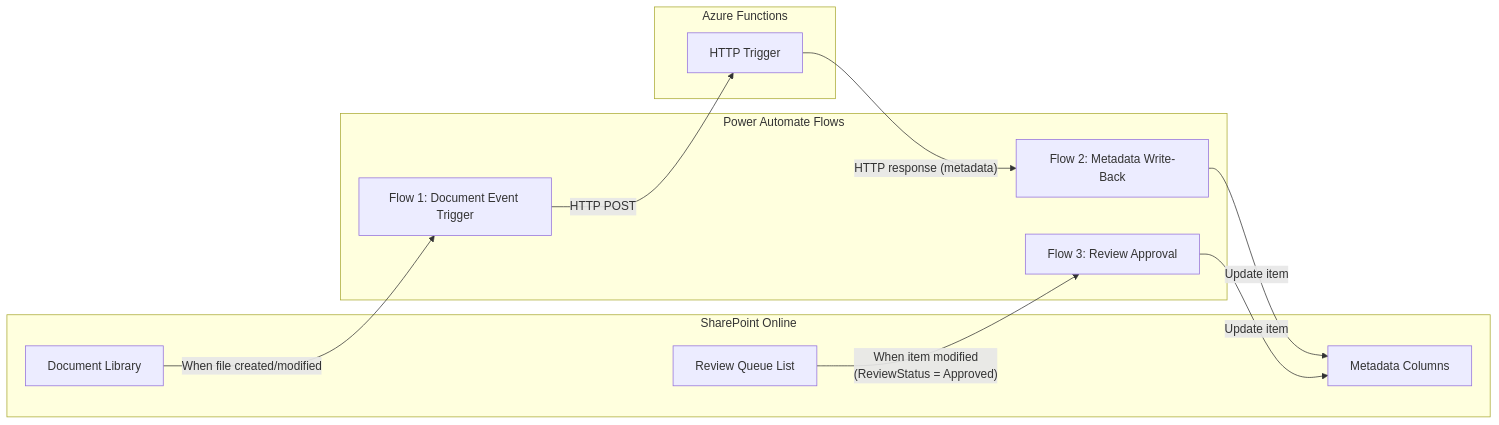
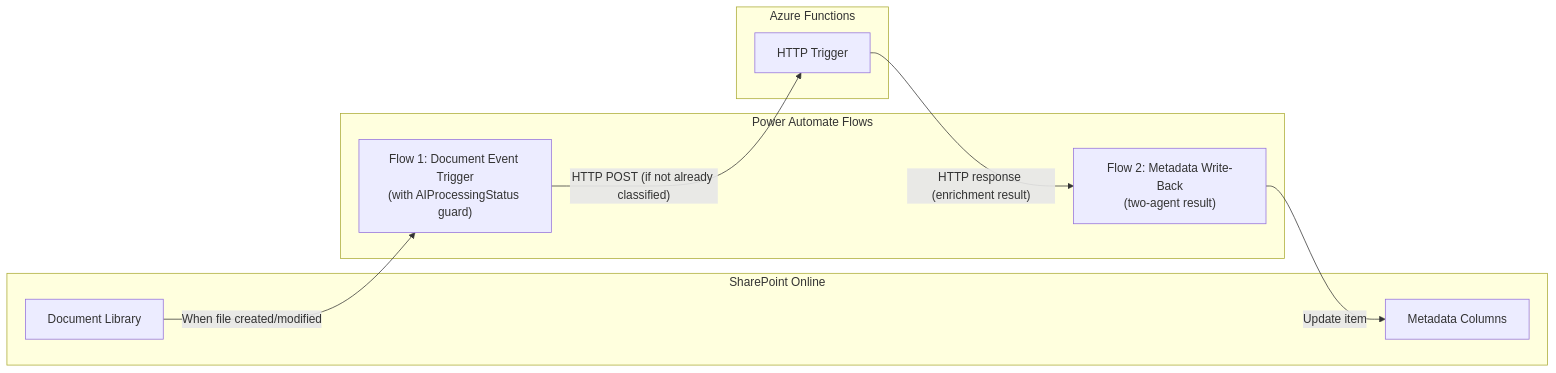
The diagram in docs/architecture/power-automate-integration.md (jonathan-chow-ibm/idv-document-enrichment), drawn with Mermaid before and after one commit. The commit also changed other lines of this file and 27 other files, not shown here.

First line of the commit message:
Refactor IDV Document Enrichment Pipeline to .NET isolated functions

````diff
--- a/docs/architecture/power-automate-integration.md
+++ b/docs/architecture/power-automate-integration.md
@@ -11,25 +12,21 @@
 ```mermaid
 flowchart LR
     subgraph SharePoint["SharePoint Online"]
         DL["Document Library"]
         MC["Metadata Columns"]
-        RQ["Review Queue List"]
     end
 
     subgraph PowerAutomate["Power Automate Flows"]
-        F1["Flow 1: Document Event Trigger"]
-        F2["Flow 2: Metadata Write-Back"]
-        F3["Flow 3: Review Approval"]
+        F1["Flow 1: Document Event Trigger<br/>(with AIProcessingStatus guard)"]
+        F2["Flow 2: Metadata Write-Back<br/>(two-agent result)"]
     end
 
     subgraph AzureFunctions["Azure Functions"]
         HTTP["HTTP Trigger"]
     end
 
     DL -->|"When file created/modified"| F1
-    F1 -->|"HTTP POST"| HTTP
-    HTTP -->|"HTTP response (metadata)"| F2
+    F1 -->|"HTTP POST (if not already classified)"| HTTP
+    HTTP -->|"HTTP response (enrichment result)"| F2
     F2 -->|"Update item"| MC
-    RQ -->|"When item modified<br/>(ReviewStatus = Approved)"| F3
-    F3 -->|"Update item"| MC
 ```
````
